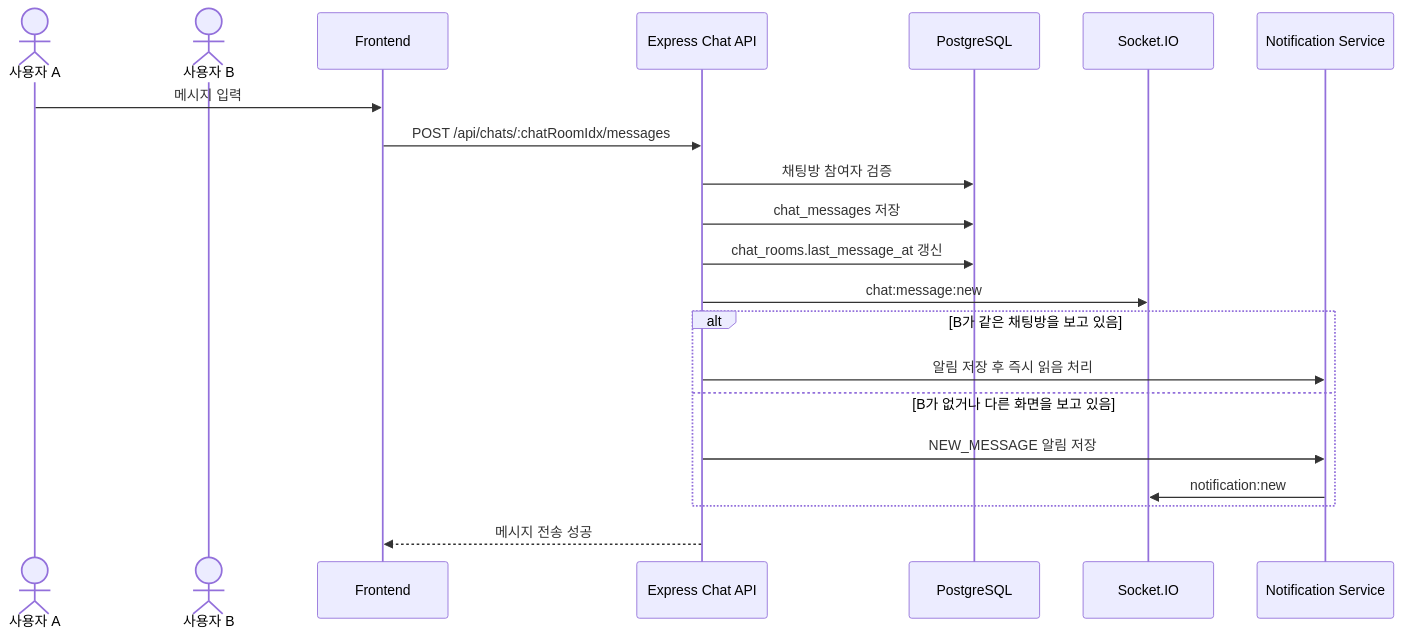
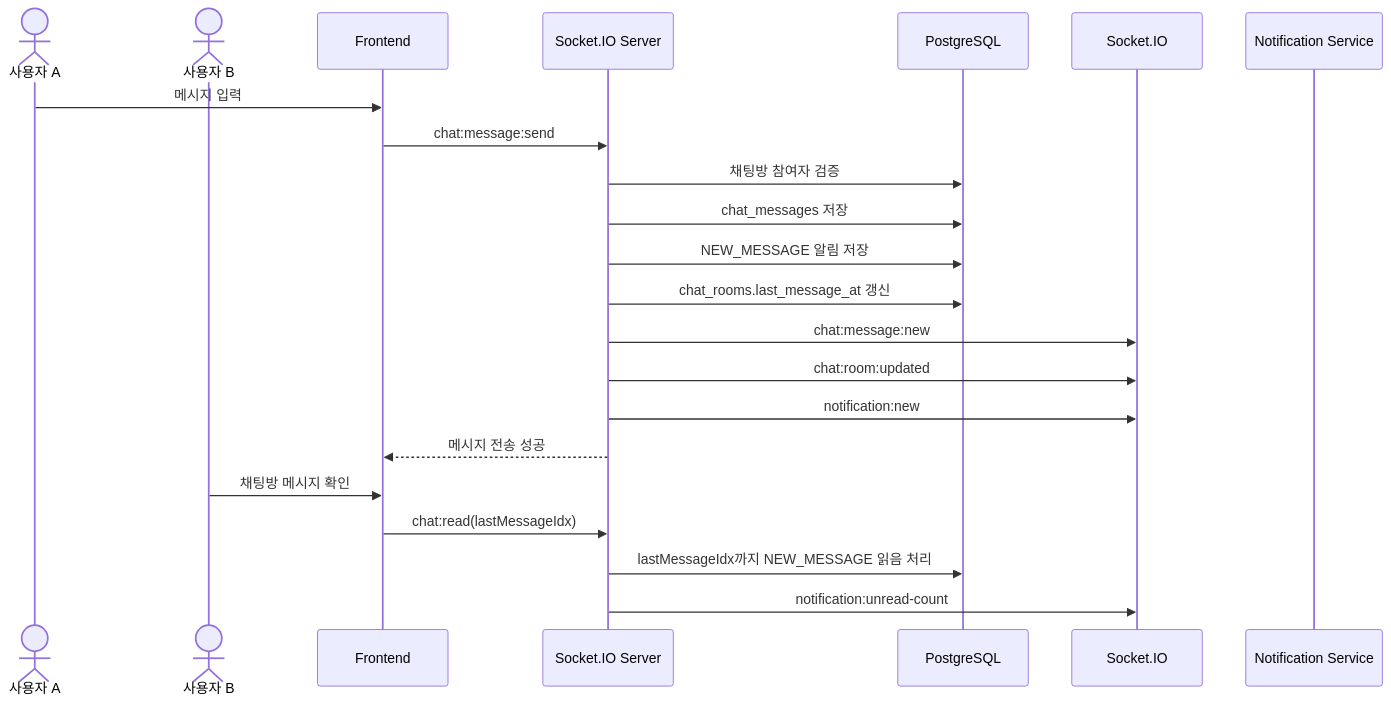
The diagram in docs/Potato-Land-Docs/04. 다이어그램/E-01 채팅 알림 시퀀스.md (hurwan0629/potato-land), drawn with Mermaid before and after one commit. The commit also changed other lines of this file and 27 other files, not shown here.

Commit message:
docs: update docs and synchronize with front flow

````diff
--- a/docs/Potato-Land-Docs/04. 다이어그램/E-01 채팅 알림 시퀀스.md
+++ b/docs/Potato-Land-Docs/04. 다이어그램/E-01 채팅 알림 시퀀스.md
@@ -3,24 +3,26 @@
 ```mermaid
 sequenceDiagram
     actor A as 사용자 A
     actor B as 사용자 B
     participant F as Frontend
-    participant API as Express Chat API
+    participant S as Socket.IO Server
     participant D as PostgreSQL
     participant IO as Socket.IO
     participant N as Notification Service
 
     A->>F: 메시지 입력
-    F->>API: POST /api/chats/:chatRoomIdx/messages
-    API->>D: 채팅방 참여자 검증
-    API->>D: chat_messages 저장
-    API->>D: chat_rooms.last_message_at 갱신
-    API->>IO: chat:message:new
-    alt B가 같은 채팅방을 보고 있음
-        API->>N: 알림 저장 후 즉시 읽음 처리
-    else B가 없거나 다른 화면을 보고 있음
-        API->>N: NEW_MESSAGE 알림 저장
-        N->>IO: notification:new
-    end
-    API-->>F: 메시지 전송 성공
+    F->>S: chat:message:send
+    S->>D: 채팅방 참여자 검증
+    S->>D: chat_messages 저장
+    S->>D: NEW_MESSAGE 알림 저장
+    S->>D: chat_rooms.last_message_at 갱신
+    S->>IO: chat:message:new
+    S->>IO: chat:room:updated
+    S->>IO: notification:new
+    S-->>F: 메시지 전송 성공
+
+    B->>F: 채팅방 메시지 확인
+    F->>S: chat:read(lastMessageIdx)
+    S->>D: lastMessageIdx까지 NEW_MESSAGE 읽음 처리
+    S->>IO: notification:unread-count
 ```
````
